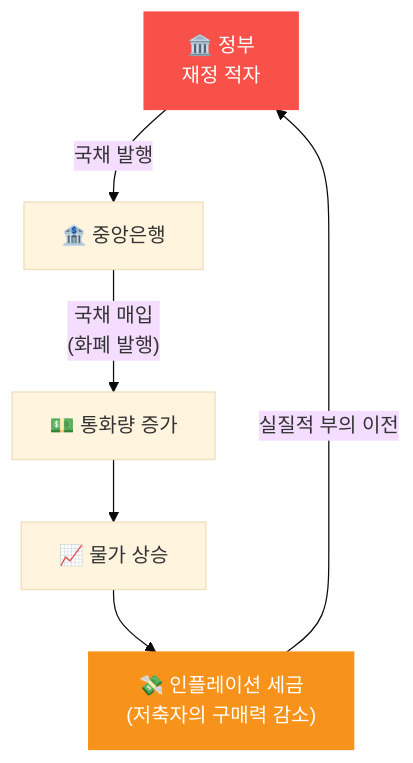
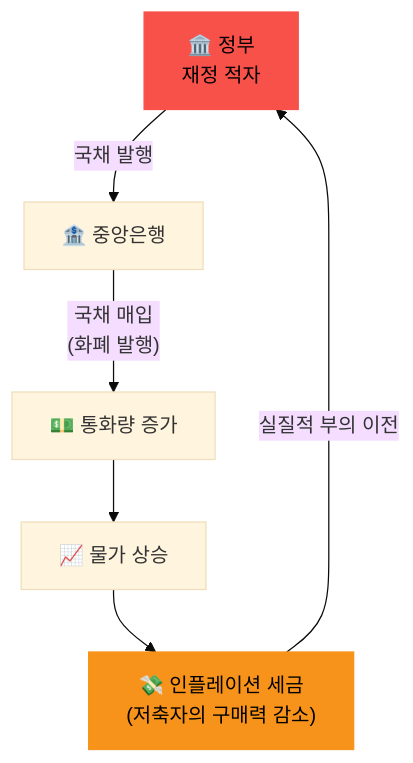
One commit to bc1qwerty/learn.txid.uk changed the diagram in content/ko/blog/inflation-is-a-tax.md. Above: the diagram before and after it, drawn with Mermaid (base theme). The commit also changed 50 other files, not shown here.

First line of the commit message:
Mermaid 다이어그램 텍스트 대비 개선: color:#fff → color:#000

```diff
--- a/content/ko/blog/inflation-is-a-tax.md
+++ b/content/ko/blog/inflation-is-a-tax.md
@@ -17,10 +17,10 @@
 {{< mermaid >}}
 graph TD
     GOV["🏛️ 정부<br/>재정 적자"] -->|"국채 발행"| CB["🏦 중앙은행"]
     CB -->|"국채 매입<br/>(화폐 발행)"| SUPPLY["💵 통화량 증가"]
     SUPPLY --> INFLATION["📈 물가 상승"]
     INFLATION --> TAX["💸 인플레이션 세금<br/>(저축자의 구매력 감소)"]
     TAX -->|"실질적 부의 이전"| GOV
-    style GOV fill:#f85149,stroke:#f85149,color:#fff
-    style TAX fill:#f7931a,stroke:#f7931a,color:#fff
+    style GOV fill:#f85149,stroke:#f85149,color:#000
+    style TAX fill:#f7931a,stroke:#f7931a,color:#000
 {{< /mermaid >}}
```
